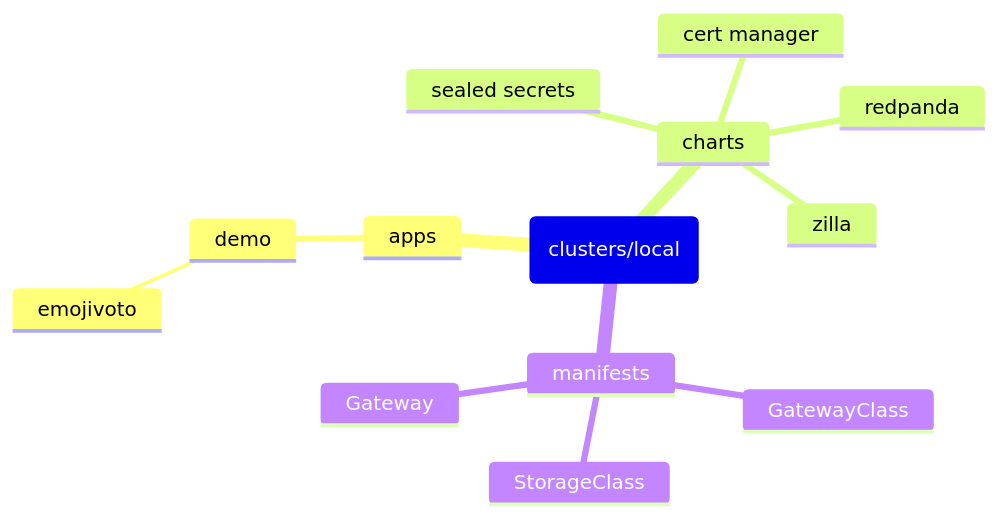
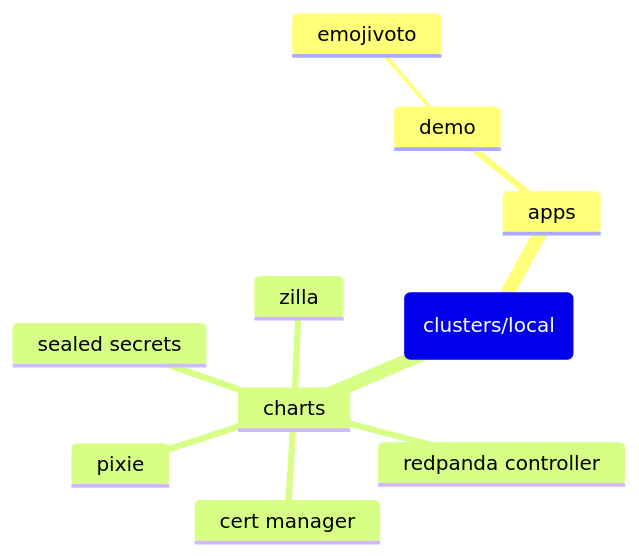
Before and after one commit to orbservability/demo-cluster: the diagram in README.md, drawn with Mermaid. The commit also changed 5 other files, not shown here.

````diff
--- a/README.md
+++ b/README.md
@@ -5,16 +5,13 @@
 ```mermaid
 mindmap
   root(clusters/local)
     apps
       demo
         emojivoto
     charts
       cert manager
-      redpanda
+      pixie
+      redpanda controller
       sealed secrets
       zilla
-    manifests
-      GatewayClass
-      Gateway
-      StorageClass
 ```
````
